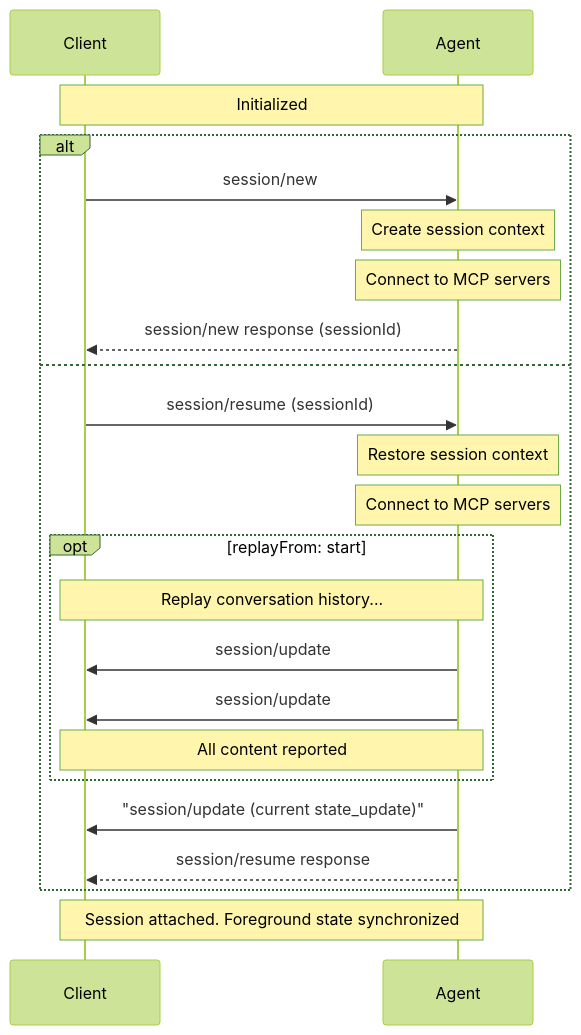
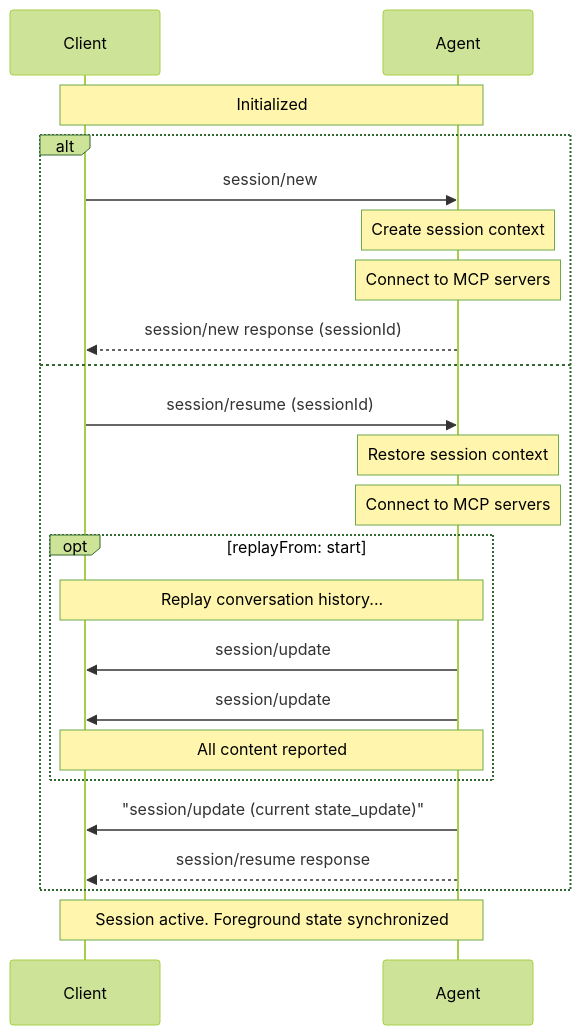
One commit to dayanruben/agent-client-protocol changed the diagram in docs/protocol/v2/draft/session-setup.mdx. Above: the diagram before and after it, drawn with Mermaid (forest theme). The commit also changed other lines of this file and 5 other files, not shown here.

Commit message:
docs(protocol): say active instead of attached for session updates (#2665)

````diff
--- a/docs/protocol/v2/draft/session-setup.mdx
+++ b/docs/protocol/v2/draft/session-setup.mdx
@@ -14,28 +14,28 @@
 ```mermaid
 sequenceDiagram
     participant Client
     participant Agent
 
     Note over Agent,Client: Initialized
 
     alt
         Client->>Agent: session/new
         Note over Agent: Create session context
         Note over Agent: Connect to MCP servers
         Agent-->>Client: session/new response (sessionId)
     else
         Client->>Agent: session/resume (sessionId)
         Note over Agent: Restore session context
         Note over Agent: Connect to MCP servers
         opt replayFrom: start
             Note over Agent,Client: Replay conversation history...
             Agent->>Client: session/update
             Agent->>Client: session/update
             Note over Agent,Client: All content reported
         end
         Agent->>Client: "session/update (current state_update)"
         Agent-->>Client: session/resume response
     end
 
-    Note over Client,Agent: Session attached. Foreground state synchronized
+    Note over Client,Agent: Session active. Foreground state synchronized
 ```
````
